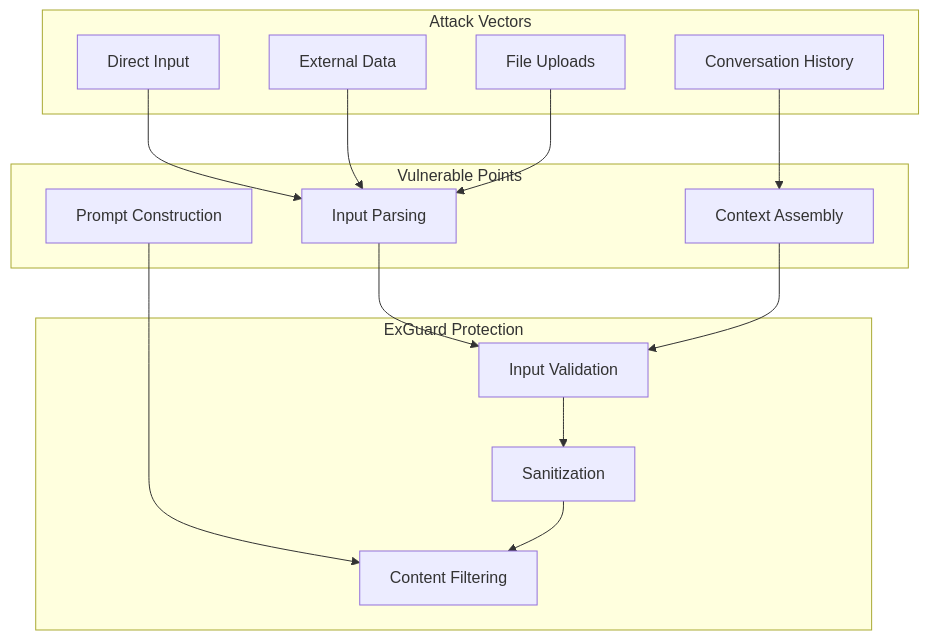
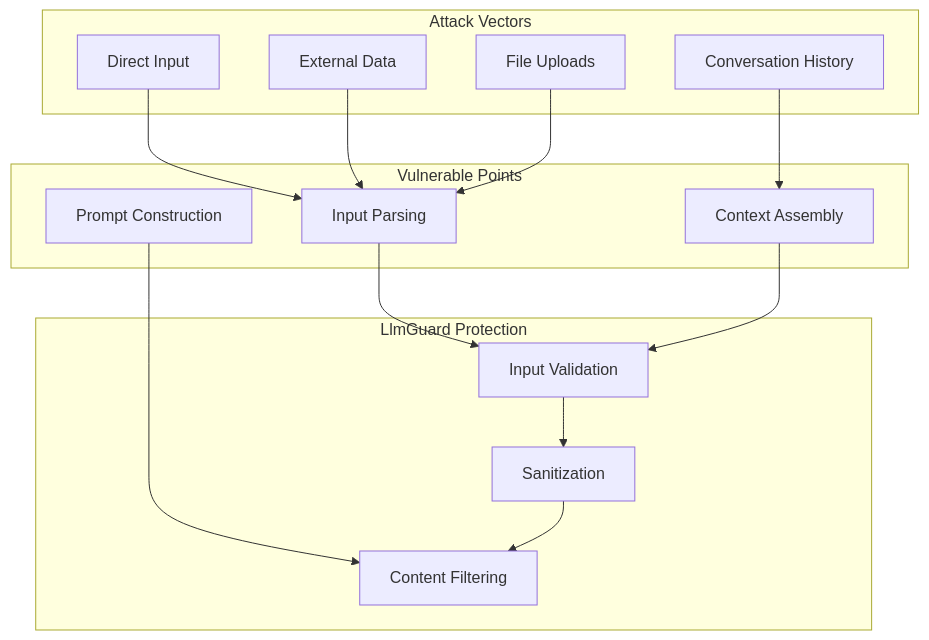
One commit to North-Shore-AI/LlmGuard changed the first of 2 diagrams in docs/threat_model.md. Above: the diagram before and after it, drawn with Mermaid. The commit also changed other lines of this file and 12 other files, not shown here.

````diff
--- a/docs/threat_model.md
+++ b/docs/threat_model.md
@@ -399,31 +399,31 @@
 ```mermaid
 graph TB
     subgraph "Attack Vectors"
         Direct[Direct Input]
         Indirect[External Data]
         History[Conversation History]
         Upload[File Uploads]
     end
 
     subgraph "Vulnerable Points"
         Parse[Input Parsing]
         Context[Context Assembly]
         Prompt[Prompt Construction]
     end
 
-    subgraph "ExGuard Protection"
+    subgraph "LlmGuard Protection"
         Validate[Input Validation]
         Sanitize[Sanitization]
         Filter[Content Filtering]
     end
 
     Direct --> Parse
     Indirect --> Parse
     History --> Context
     Upload --> Parse
     Parse --> Validate
     Context --> Validate
     Prompt --> Filter
     Validate --> Sanitize
     Sanitize --> Filter
 ```
````
